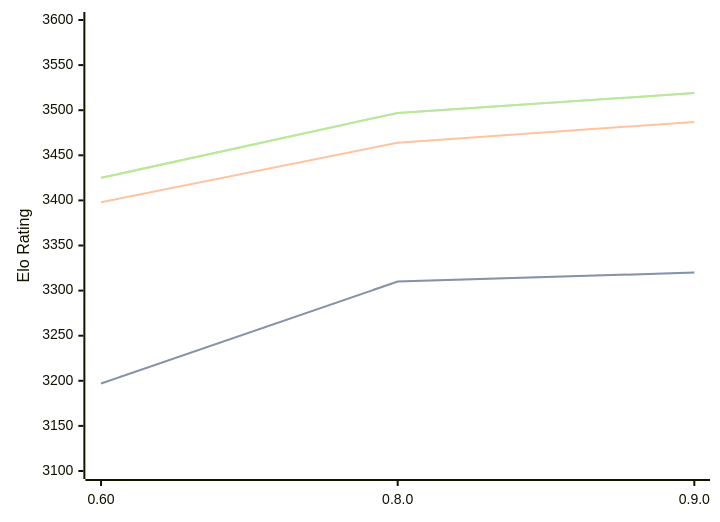
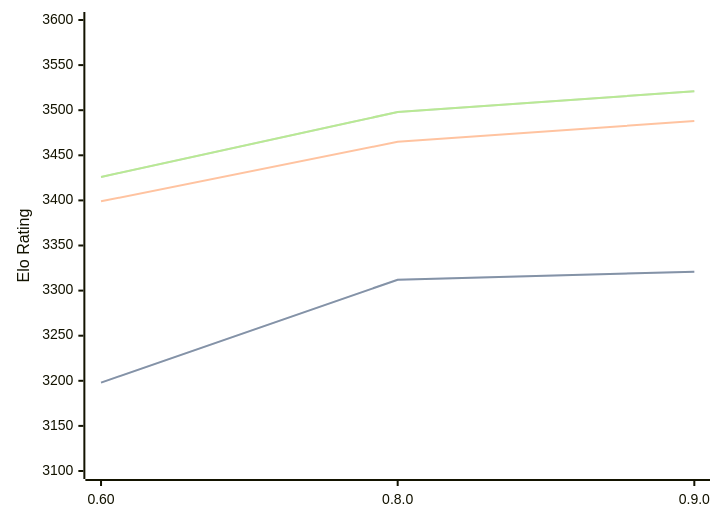
The third of 3 diagrams in engines/Motor.md (computer-chess-index/cci), drawn with Mermaid before and after one commit. The commit also changed other lines of this file, not shown here.

Commit message:
Update CCI Ratings (ELO VLTC) - 2026-07-02

````diff
--- a/engines/Motor.md
+++ b/engines/Motor.md
@@ -72,11 +72,11 @@
 ```mermaid
 %%{init: {"theme":"base","themeVariables":{"seriesColors:['#a3a3a3','#222221','#faa371']}}}%%
 xychart-beta
   x-axis ["0.60", "0.8.0", "0.9.0"]
   y-axis "Elo Rating" 3100 --> 3600
-  line "STC (8.0+0.08s)" [3197, 3310, 3320]
-  line "STC (8.0+0.08s)" [3197, 3310, 3320]
-  line "LTC (60.0+0.60s)" [3398, 3464, 3487]
-  line "VLTC (2m24s+1.12s)" [3425, 3497, 3519]
-  line "VLTC (2m24s+1.12s)" [3425, 3497, 3519]
+  line "STC (8.0+0.08s)" [3198, 3312, 3321]
+  line "STC (8.0+0.08s)" [3198, 3312, 3321]
+  line "LTC (60.0+0.60s)" [3399, 3465, 3488]
+  line "VLTC (2m24s+1.12s)" [3426, 3498, 3521]
+  line "VLTC (2m24s+1.12s)" [3426, 3498, 3521]
 ```
````
